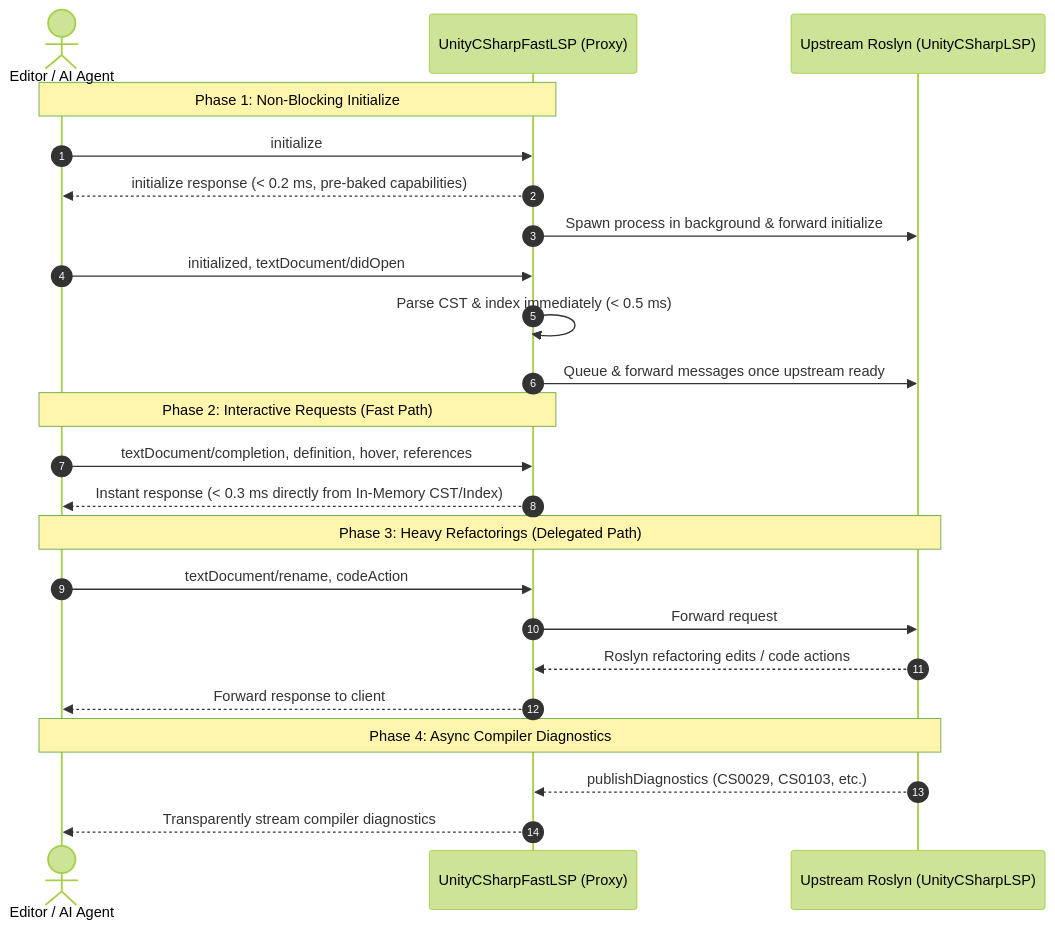
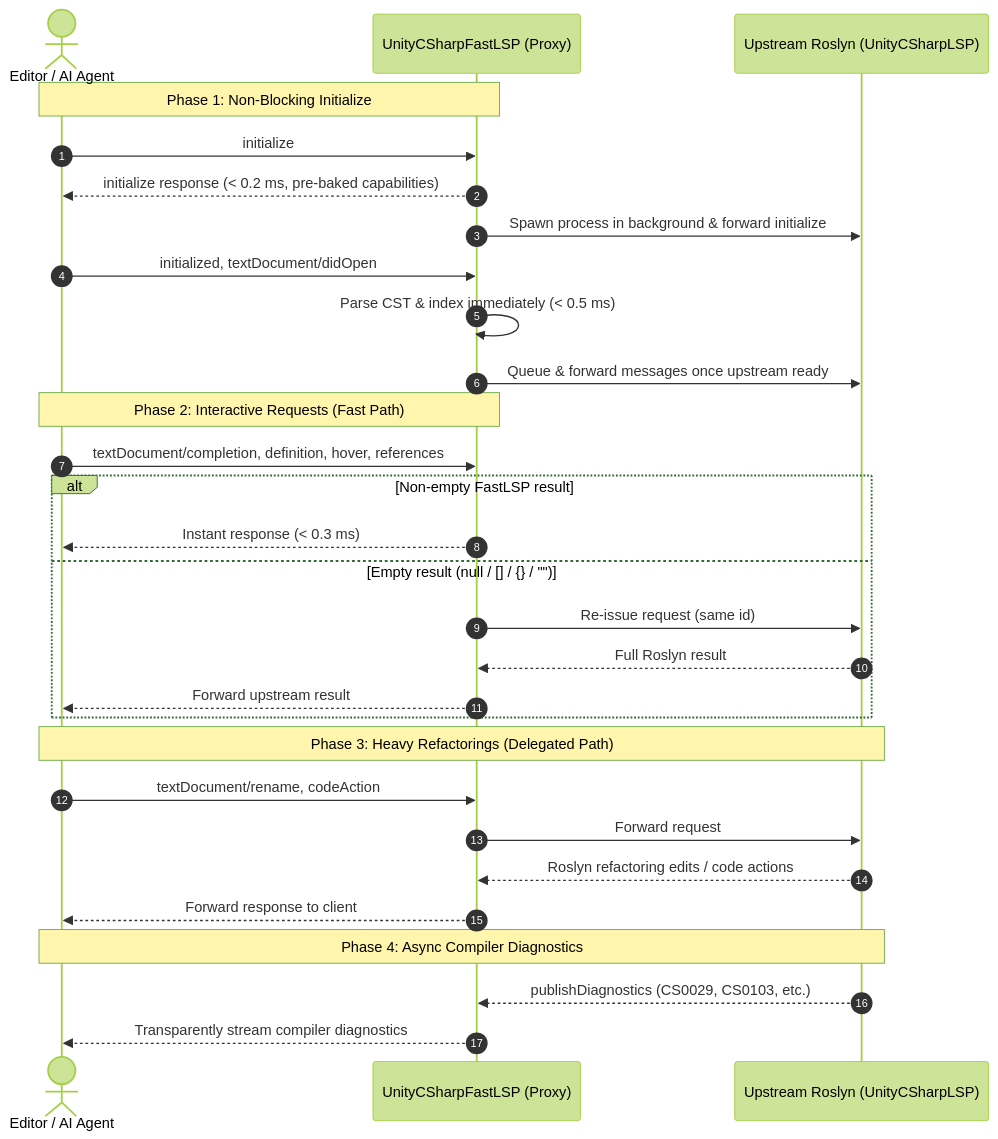
One commit to gadget114514/UnityCSharpFastLSP changed the first of 2 diagrams in doc/proxy-feature.md. Above: the diagram before and after it, drawn with Mermaid (forest theme). The commit also changed other lines of this file and 8 other files, not shown here.

First line of the commit message:
release: v0.3.1 - empty-result fallback to upstream Roslyn

````diff
--- a/doc/proxy-feature.md
+++ b/doc/proxy-feature.md
@@ -49,29 +58,35 @@
 ```mermaid
 sequenceDiagram
     autonumber
     actor Client as Editor / AI Agent
     participant FastLSP as UnityCSharpFastLSP (Proxy)
     participant Upstream as Upstream Roslyn (UnityCSharpLSP)
 
     Note over Client,FastLSP: Phase 1: Non-Blocking Initialize
     Client->>FastLSP: initialize
     FastLSP-->>Client: initialize response (< 0.2 ms, pre-baked capabilities)
     FastLSP->>Upstream: Spawn process in background & forward initialize
     Client->>FastLSP: initialized, textDocument/didOpen
     FastLSP->>FastLSP: Parse CST & index immediately (< 0.5 ms)
     FastLSP->>Upstream: Queue & forward messages once upstream ready
 
     Note over Client,FastLSP: Phase 2: Interactive Requests (Fast Path)
     Client->>FastLSP: textDocument/completion, definition, hover, references
-    FastLSP-->>Client: Instant response (< 0.3 ms directly from In-Memory CST/Index)
+    alt Non-empty FastLSP result
+        FastLSP-->>Client: Instant response (< 0.3 ms)
+    else Empty result (null / [] / {} / "")
+        FastLSP->>Upstream: Re-issue request (same id)
+        Upstream-->>FastLSP: Full Roslyn result
+        FastLSP-->>Client: Forward upstream result
+    end
 
     Note over Client,Upstream: Phase 3: Heavy Refactorings (Delegated Path)
     Client->>FastLSP: textDocument/rename, codeAction
     FastLSP->>Upstream: Forward request
     Upstream-->>FastLSP: Roslyn refactoring edits / code actions
     FastLSP-->>Client: Forward response to client
 
     Note over Client,Upstream: Phase 4: Async Compiler Diagnostics
     Upstream-->>FastLSP: publishDiagnostics (CS0029, CS0103, etc.)
     FastLSP-->>Client: Transparently stream compiler diagnostics
 ```
````
